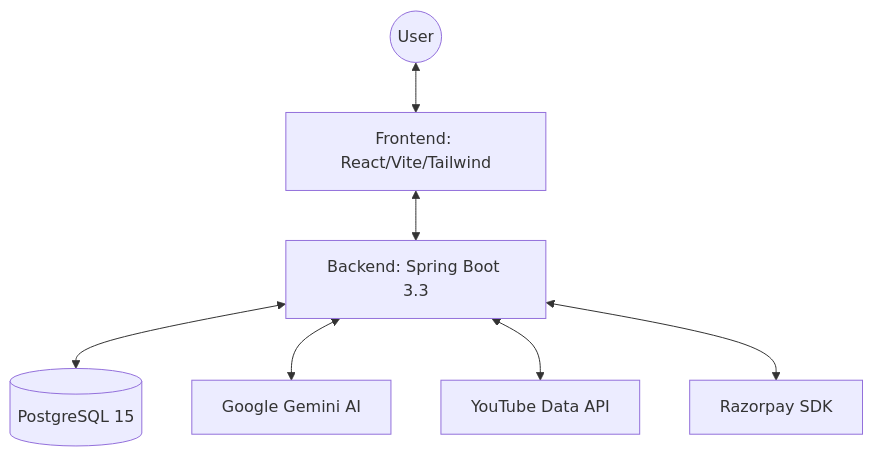
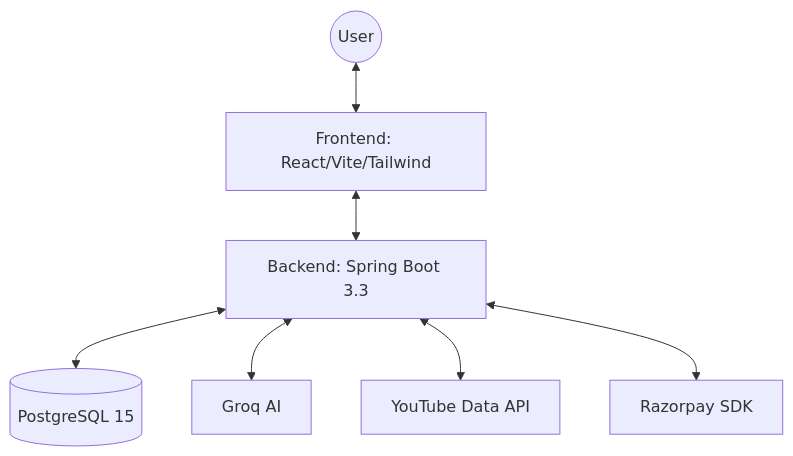
One commit to subh-ghosh/ai-practice-platform changed the first of 2 diagrams in overview.md. Above: the diagram before and after it, drawn with Mermaid. The commit also changed other lines of this file and 28 other files, not shown here.

````diff
--- a/overview.md
+++ b/overview.md
@@ -31,17 +31,17 @@
 ```mermaid
 graph TD
     User((User))
     Client[Frontend: React/Vite/Tailwind]
     API[Backend: Spring Boot 3.3]
     DB[(PostgreSQL 15)]
-    AI[Google Gemini AI]
+    AI[Groq AI]
     YT[YouTube Data API]
     RP[Razorpay SDK]
 
     User <--> Client
     Client <--> API
     API <--> DB
     API <--> AI
     API <--> YT
     API <--> RP
 ```
````
